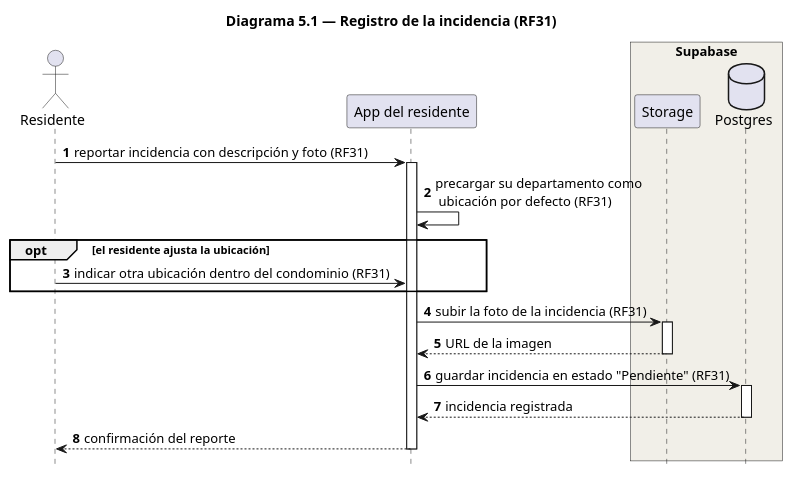
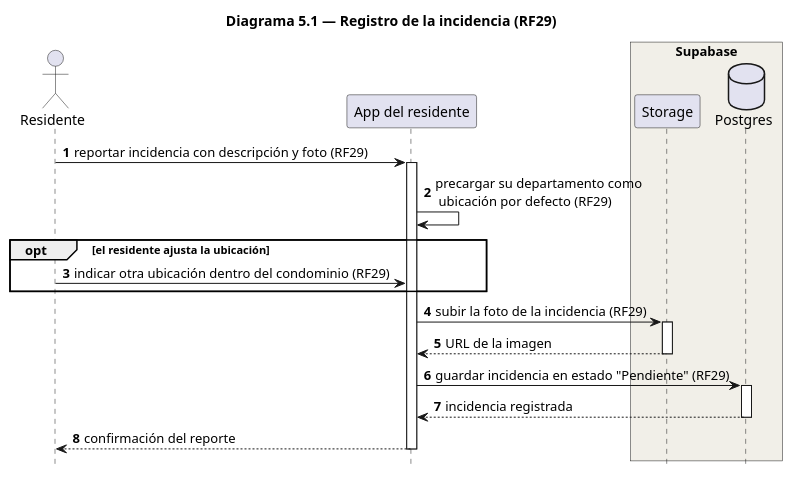
The diagram in docs/Arquitectura/secuencia/diagrama5_1_registroIncidencia.puml (liusamfung/neighborgood-project), drawn with PlantUML before and after one commit. The commit also changed 10 other files, not shown here.

First line of the commit message:
Renumera los RF de 1 a 31 en los diagramas de secuencia

```diff
--- a/docs/Arquitectura/secuencia/diagrama5_1_registroIncidencia.puml
+++ b/docs/Arquitectura/secuencia/diagrama5_1_registroIncidencia.puml
@@ -1,33 +1,33 @@
 @startuml Diagrama5_1_RegistroIncidencia
-title Diagrama 5.1 — Registro de la incidencia (RF31)
+title Diagrama 5.1 — Registro de la incidencia (RF29)
 
 hide footbox
 autonumber
 
 actor "Residente" as RES
 participant "App del residente" as APPR
 
 box "Supabase" #F1EFE8
     participant "Storage" as ST
     database "Postgres" as DB
 end box
 
-RES -> APPR : reportar incidencia con descripción y foto (RF31)
+RES -> APPR : reportar incidencia con descripción y foto (RF29)
 activate APPR
-APPR -> APPR : precargar su departamento como \n ubicación por defecto (RF31)
+APPR -> APPR : precargar su departamento como \n ubicación por defecto (RF29)
 
 opt el residente ajusta la ubicación
-    RES -> APPR : indicar otra ubicación dentro del condominio (RF31)
+    RES -> APPR : indicar otra ubicación dentro del condominio (RF29)
 end
 
-APPR -> ST : subir la foto de la incidencia (RF31)
+APPR -> ST : subir la foto de la incidencia (RF29)
 activate ST
 ST --> APPR : URL de la imagen
 deactivate ST
-APPR -> DB : guardar incidencia en estado "Pendiente" (RF31)
+APPR -> DB : guardar incidencia en estado "Pendiente" (RF29)
 activate DB
 DB --> APPR : incidencia registrada
 deactivate DB
 APPR --> RES : confirmación del reporte
 deactivate APPR
 @enduml
```
